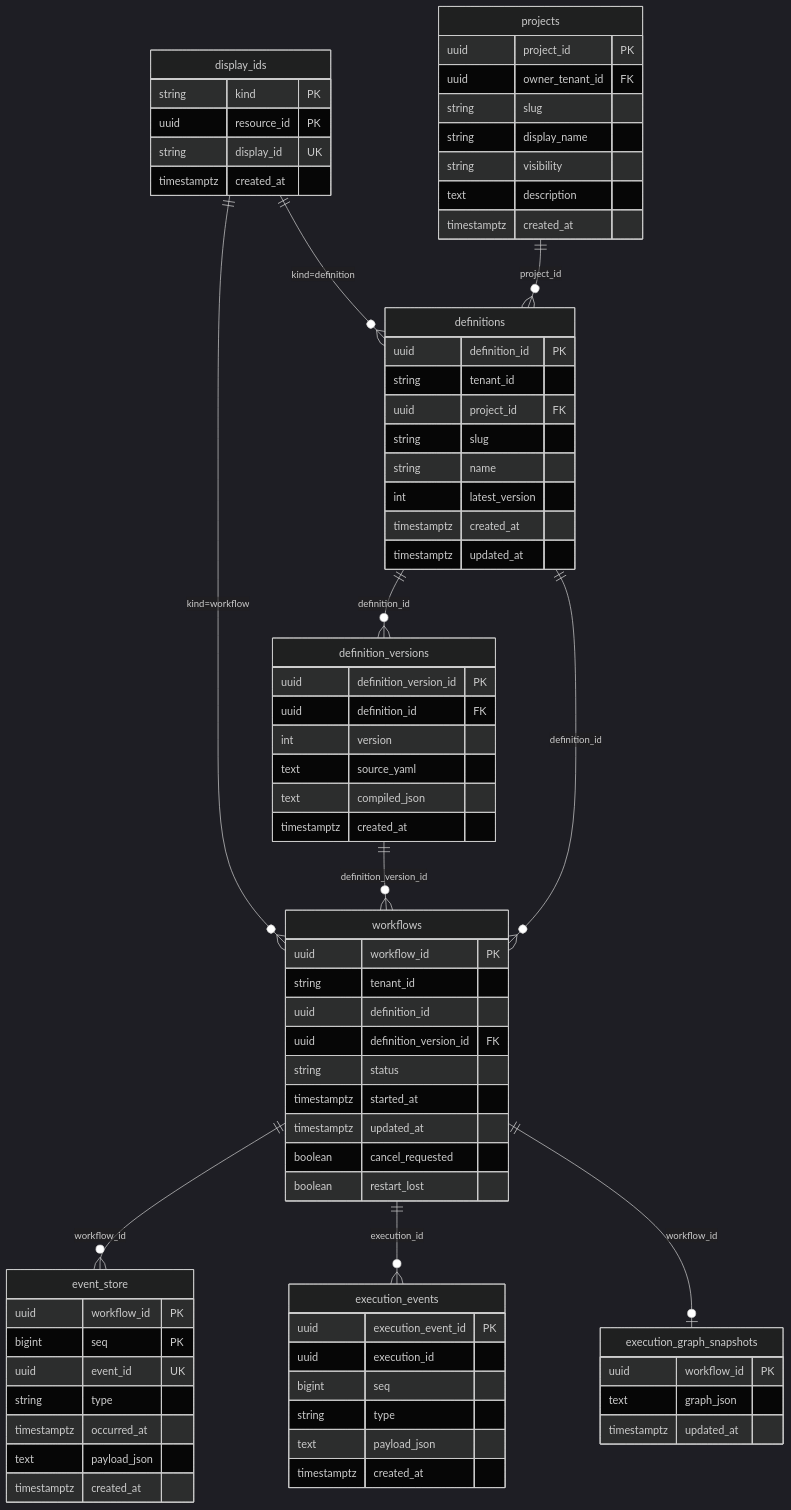
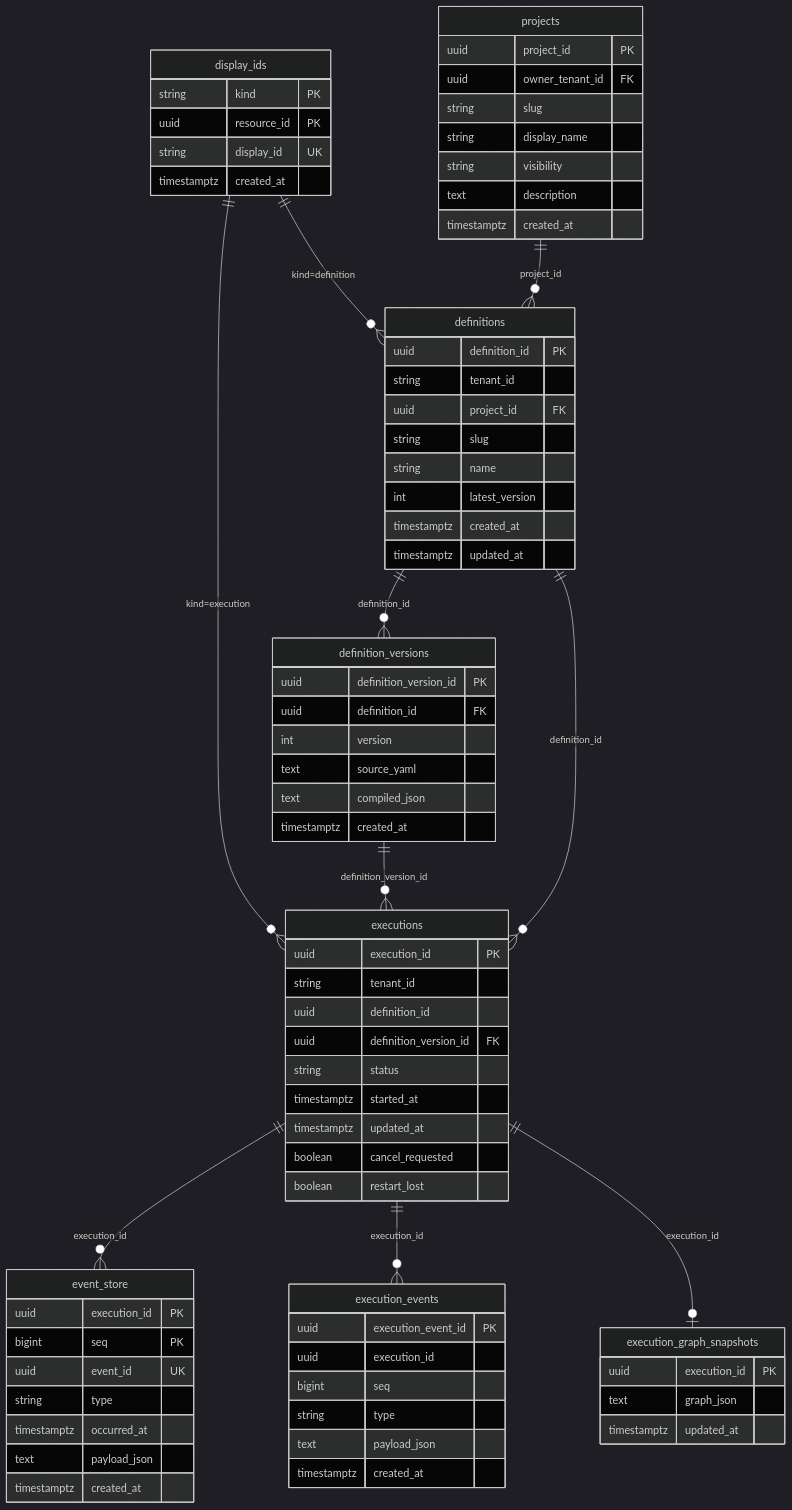
Before and after one commit to MichiharuShiba/statevia: the first of 3 diagrams in docs/statevia-scheme.md, drawn with Mermaid (dark theme). The commit also changed other lines of this file and 9 other files, not shown here.

Commit message:
実行関連の命名を統一し、ドキュメントやコードを修正。`workflows`を`executions`に変更し、API契約やデータベーススキーマに反映。

````diff
--- a/docs/statevia-scheme.md
+++ b/docs/statevia-scheme.md
@@ -408,14 +410,14 @@
 ```mermaid
 erDiagram
   display_ids ||--o{ definitions : "kind=definition"
-  display_ids ||--o{ workflows : "kind=workflow"
+  display_ids ||--o{ executions : "kind=execution"
   projects ||--o{ definitions : "project_id"
   definitions ||--o{ definition_versions : "definition_id"
-  definition_versions ||--o{ workflows : "definition_version_id"
-  definitions ||--o{ workflows : "definition_id"
-  workflows ||--o{ event_store : "workflow_id"
-  workflows ||--o{ execution_events : "execution_id"
-  workflows ||--o| execution_graph_snapshots : "workflow_id"
+  definition_versions ||--o{ executions : "definition_version_id"
+  definitions ||--o{ executions : "definition_id"
+  executions ||--o{ event_store : "execution_id"
+  executions ||--o{ execution_events : "execution_id"
+  executions ||--o| execution_graph_snapshots : "execution_id"
 
   projects {
     uuid project_id PK
@@ -454,8 +456,8 @@
     timestamptz created_at
   }
 
-  workflows {
-    uuid workflow_id PK
+  executions {
+    uuid execution_id PK
     string tenant_id
     uuid definition_id
     uuid definition_version_id FK
@@ -467,7 +469,7 @@
   }
 
   event_store {
-    uuid workflow_id PK
+    uuid execution_id PK
     bigint seq PK
     uuid event_id UK
     string type
@@ -486,7 +488,7 @@
   }
 
   execution_graph_snapshots {
-    uuid workflow_id PK
+    uuid execution_id PK
     text graph_json
     timestamptz updated_at
   }
````
